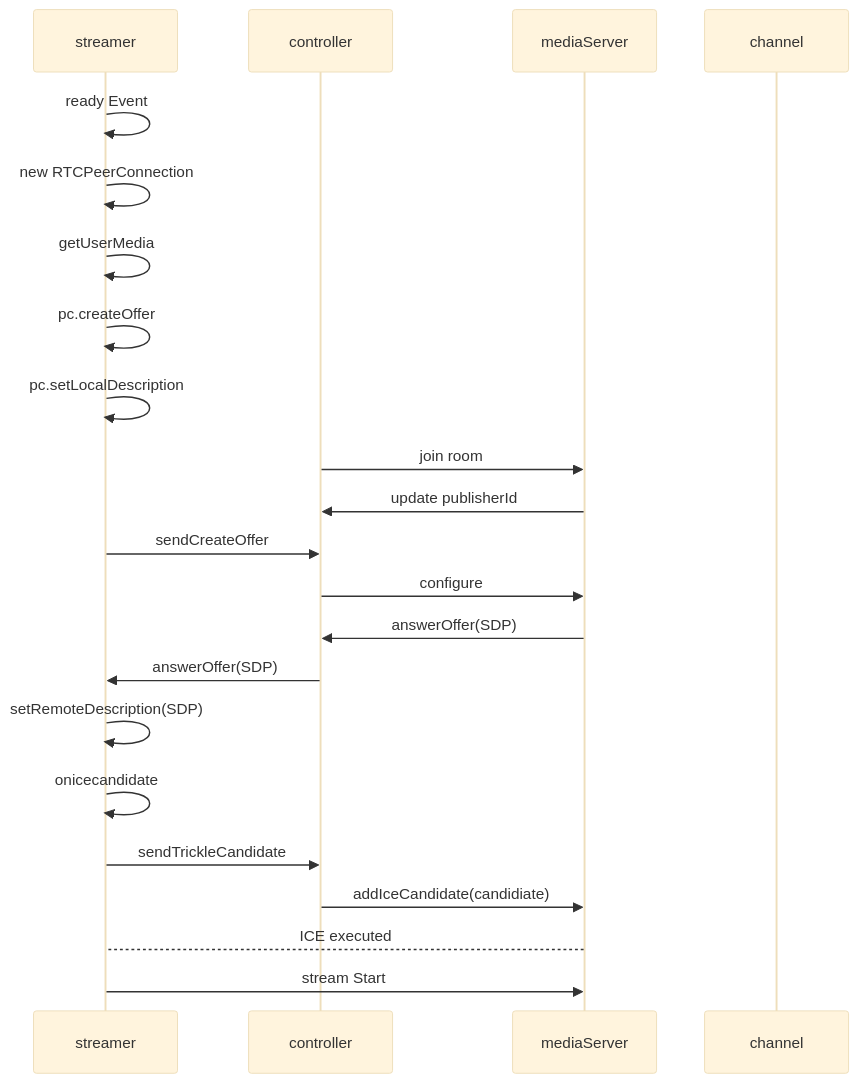
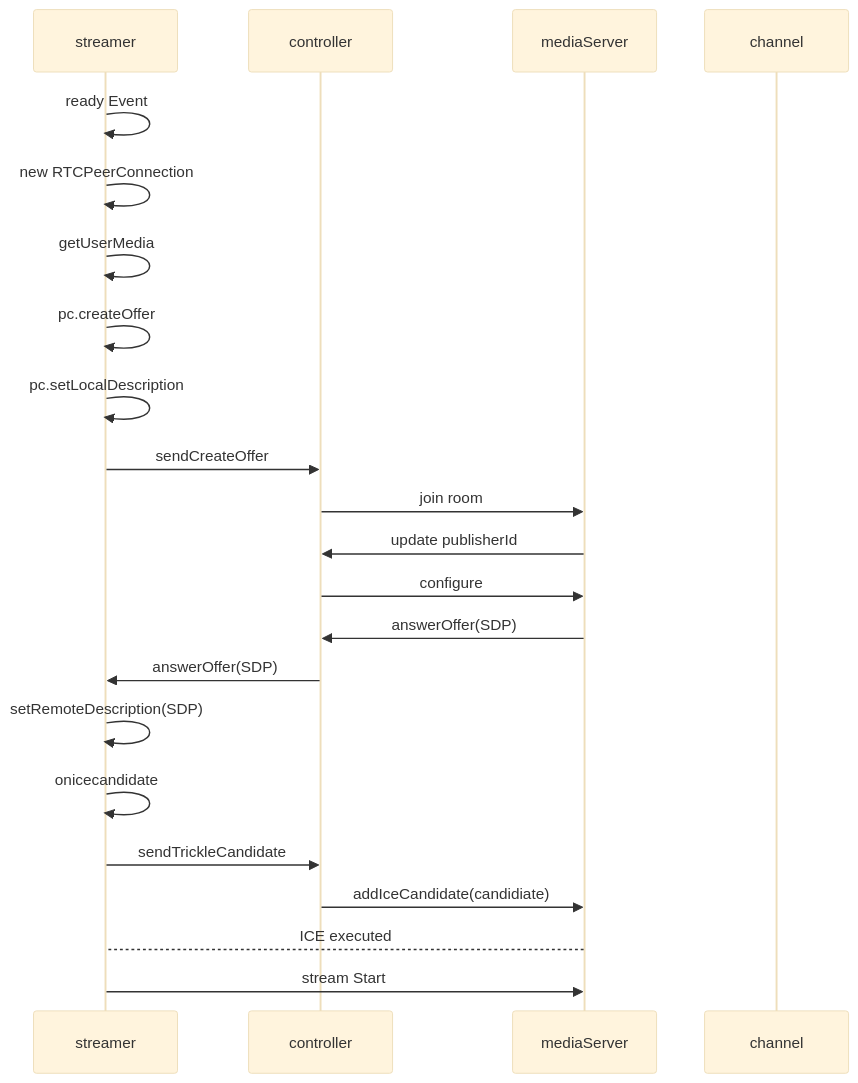
Before and after one commit to castonetwork/minimvp_channel: the second of 3 diagrams in README.md, drawn with Mermaid (base theme). The commit also changed other lines of this file, not shown here.

Commit message:
fix: sendCreateOffer 위치를 코드와 같게 이동

````diff
--- a/README.md
+++ b/README.md
@@ -69,24 +69,24 @@
 ```mermaid
 sequenceDiagram
   participant st as streamer
   participant ct as controller
   participant ms as mediaServer
   participant ch as channel
   st->>st: ready Event
   st->>st: new RTCPeerConnection
   st->>st: getUserMedia
   st->>st: pc.createOffer
   st->>st: pc.setLocalDescription
+  st->>ct: sendCreateOffer
   ct->>ms: join room
   ms->>ct: update publisherId
-  st->>ct: sendCreateOffer
   ct->>ms: configure
   ms->>ct: answerOffer(SDP)
   ct->>st: answerOffer(SDP)
   st->>st: setRemoteDescription(SDP)
   st->>st: onicecandidate
   st->>ct: sendTrickleCandidate
   ct->>ms: addIceCandidate(candidiate)
   ms-->st: ICE executed
   st->>ms: stream Start
 ```
````
